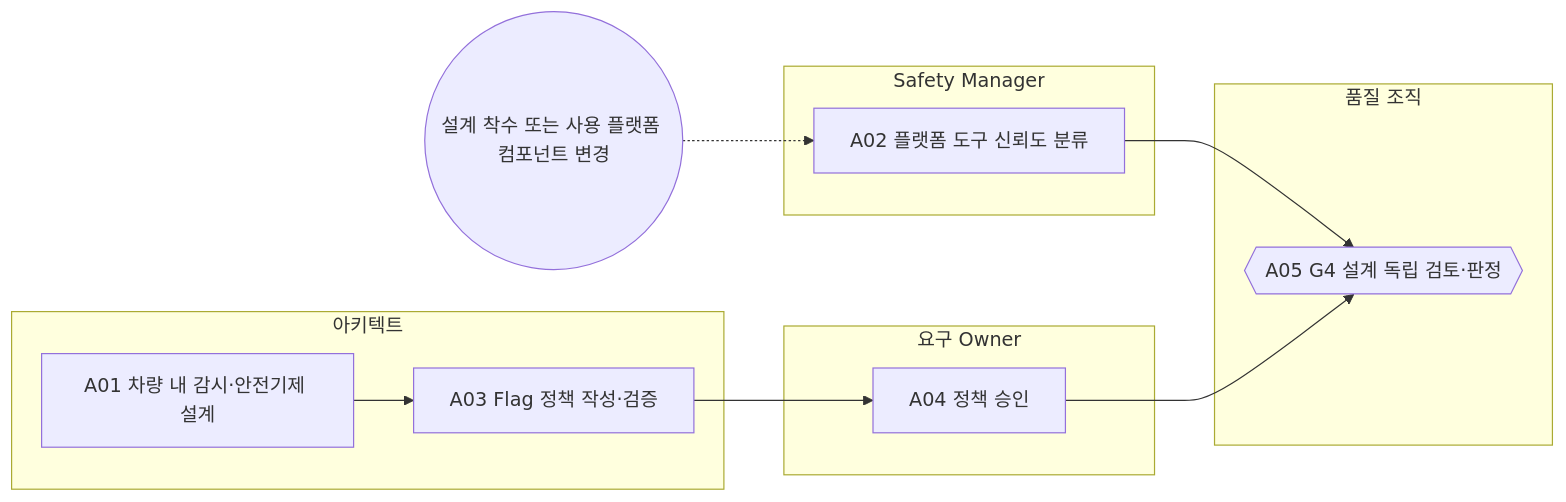
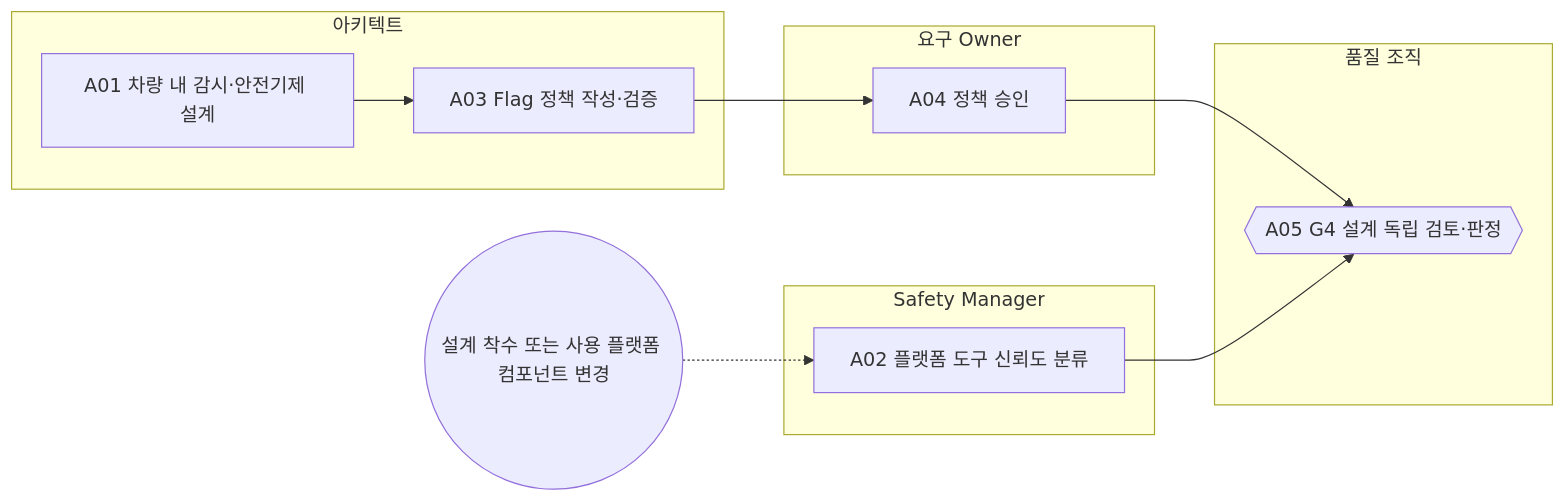
The diagram in docs/65-workflows/out/processes/FPW.4.md (mutuuslab/feature-topology-platform), drawn with Mermaid before and after one commit. The commit also changed other lines of this file and 55 other files, not shown here.

````diff
--- a/docs/65-workflows/out/processes/FPW.4.md
+++ b/docs/65-workflows/out/processes/FPW.4.md
@@ -26,21 +26,21 @@
 ```mermaid
 flowchart LR
   subgraph R_ARC["아키텍트"]
     FPW_4_A01["A01 차량 내 감시·안전기제 설계"]
     FPW_4_A03["A03 Flag 정책 작성·검증"]
   end
+  subgraph R_REQ["요구 Owner"]
+    FPW_4_A04["A04 정책 승인"]
+  end
   subgraph R_SM["Safety Manager"]
     FPW_4_A02["A02 플랫폼 도구 신뢰도 분류"]
-  end
-  subgraph R_REQ["요구 Owner"]
-    FPW_4_A04["A04 정책 승인"]
   end
   subgraph R_QA["품질 조직"]
     FPW_4_A05{{"A05 G4 설계 독립 검토·판정"}}
   end
   FPW_4_A01 --> FPW_4_A03
+  FPW_4_A03 --> FPW_4_A04
+  FPW_4_A04 --> FPW_4_A05
   T_FPW_4_A02(("설계 착수 또는 사용 플랫폼 컴포넌트 변경")) -.-> FPW_4_A02
   FPW_4_A02 --> FPW_4_A05
-  FPW_4_A03 --> FPW_4_A04
-  FPW_4_A04 --> FPW_4_A05
 ```
````
